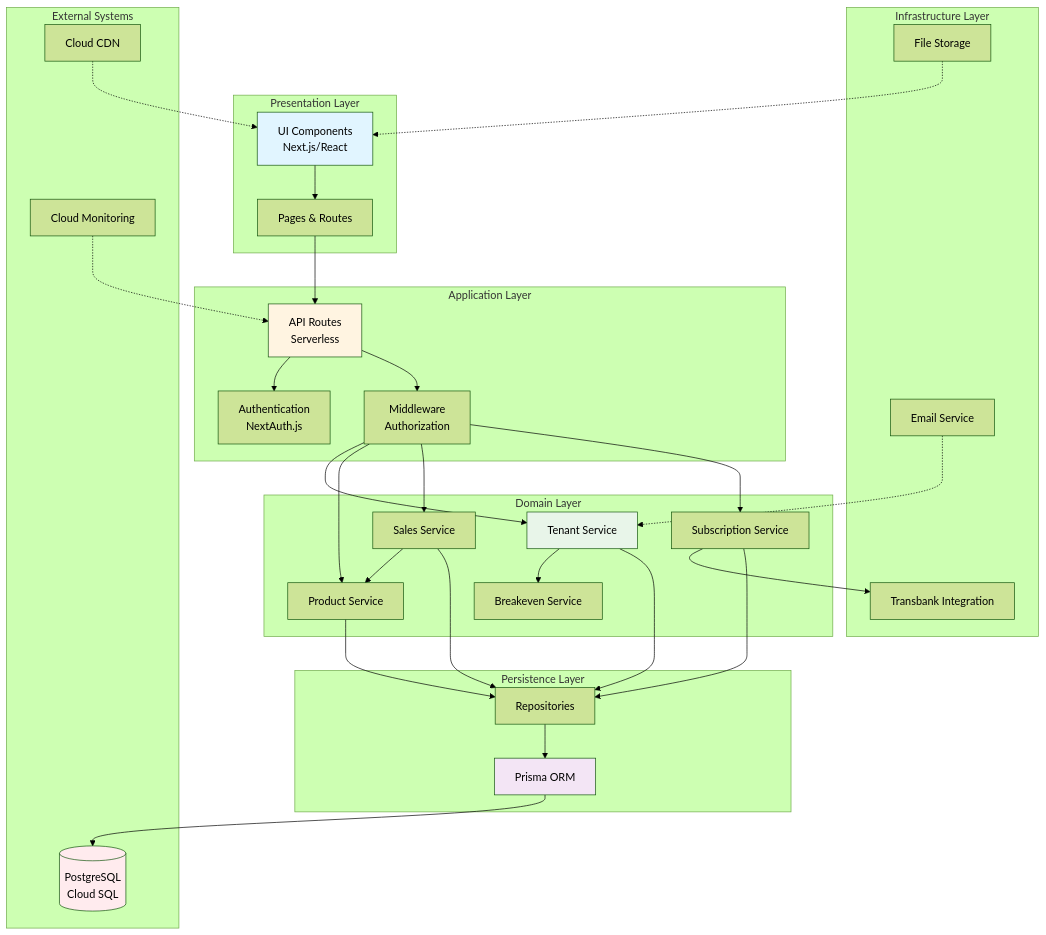
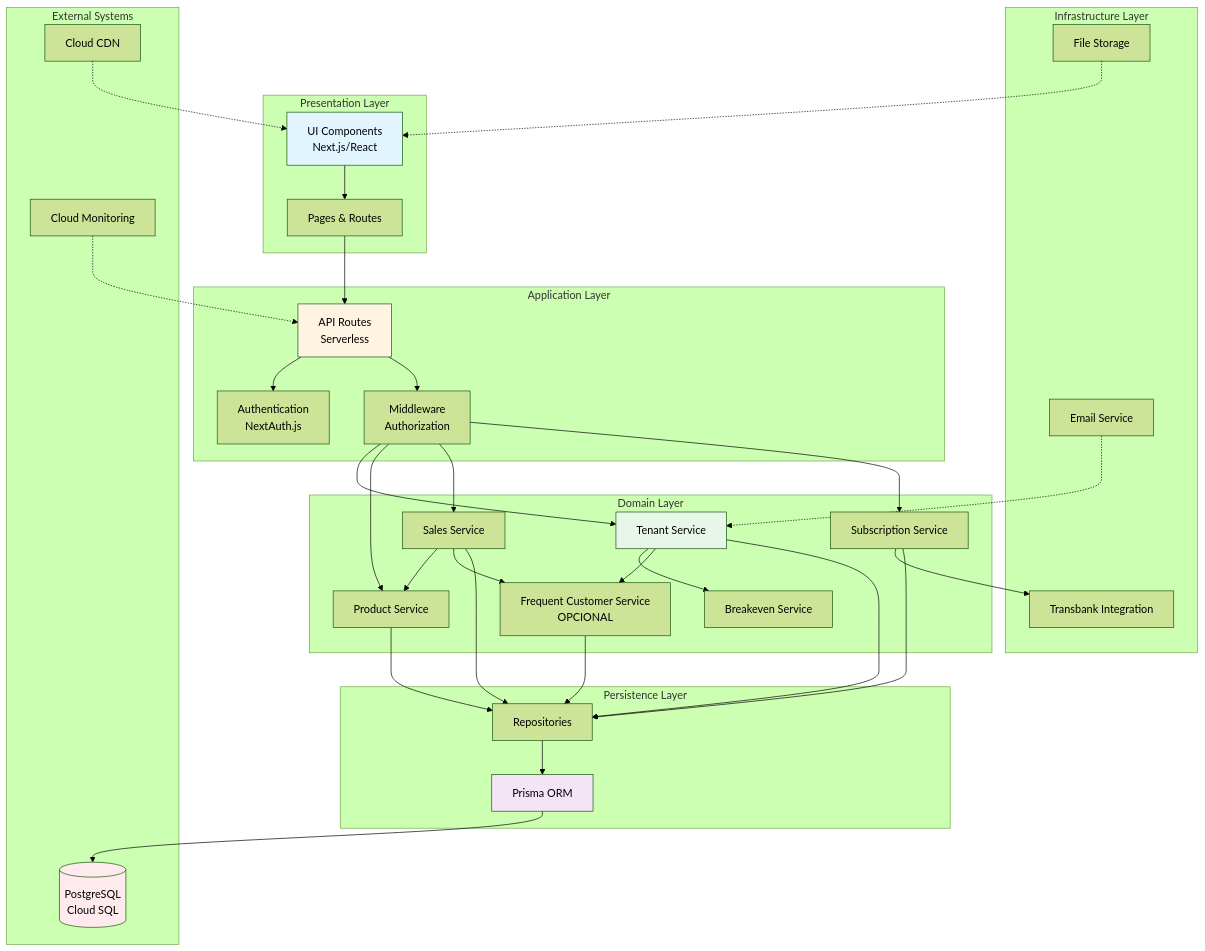
The first of 15 diagrams in docs-academicos/Modelo_4+1_CRTLPyme.md (kbzas090/CRTLPyme), drawn with Mermaid (forest theme) before and after one commit. The commit also changed other lines of this file and 10 other files, not shown here.

First line of the commit message:
feat: Add Frequent Customer Management Module (Optional)

````diff
--- a/docs-academicos/Modelo_4+1_CRTLPyme.md
+++ b/docs-academicos/Modelo_4+1_CRTLPyme.md
@@ -205,70 +205,74 @@
 ```mermaid
 graph TB
     subgraph "Presentation Layer"
         UI[UI Components<br/>Next.js/React]
         Pages[Pages & Routes]
     end
     
     subgraph "Application Layer"
         API[API Routes<br/>Serverless]
         Auth[Authentication<br/>NextAuth.js]
         Middleware[Middleware<br/>Authorization]
     end
     
     subgraph "Domain Layer"
         TenantSvc[Tenant Service]
         ProductSvc[Product Service]
         SaleSvc[Sales Service]
         SubsSvc[Subscription Service]
         BreakevenSvc[Breakeven Service]
+        FreqCustomerSvc[Frequent Customer Service<br/>OPCIONAL]
     end
     
     subgraph "Persistence Layer"
         Prisma[Prisma ORM]
         Repos[Repositories]
     end
     
     subgraph "Infrastructure Layer"
         Transbank[Transbank Integration]
         Email[Email Service]
         Storage[File Storage]
     end
     
     subgraph "External Systems"
         DB[(PostgreSQL<br/>Cloud SQL)]
         CDN[Cloud CDN]
         Monitoring[Cloud Monitoring]
     end
     
     UI --> Pages
     Pages --> API
     API --> Auth
     API --> Middleware
     Middleware --> TenantSvc
     Middleware --> ProductSvc
     Middleware --> SaleSvc
     Middleware --> SubsSvc
     
     TenantSvc --> BreakevenSvc
+    TenantSvc --> FreqCustomerSvc
     SaleSvc --> ProductSvc
+    SaleSvc --> FreqCustomerSvc
     SubsSvc --> Transbank
+    FreqCustomerSvc --> Repos
     
     TenantSvc --> Repos
     ProductSvc --> Repos
     SaleSvc --> Repos
     SubsSvc --> Repos
     
     Repos --> Prisma
     Prisma --> DB
     
     Email -.-> TenantSvc
     Storage -.-> UI
     CDN -.-> UI
     Monitoring -.-> API
 
     style UI fill:#e1f5ff
     style API fill:#fff4e1
     style TenantSvc fill:#e8f5e9
     style Prisma fill:#f3e5f5
     style DB fill:#ffebee
 ```
````
